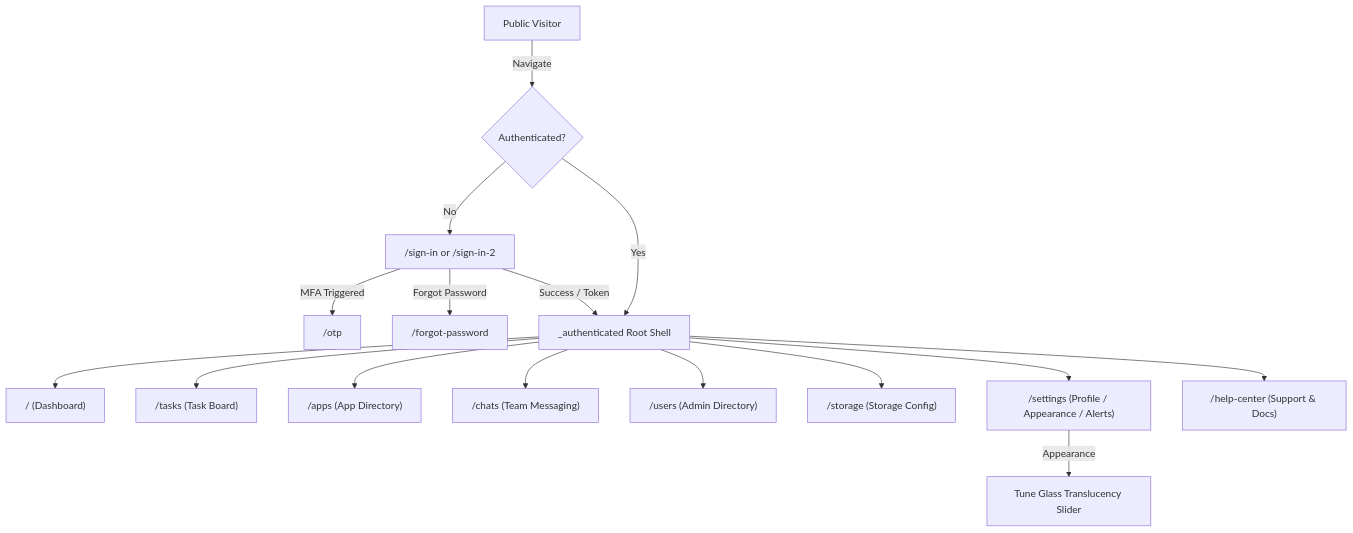
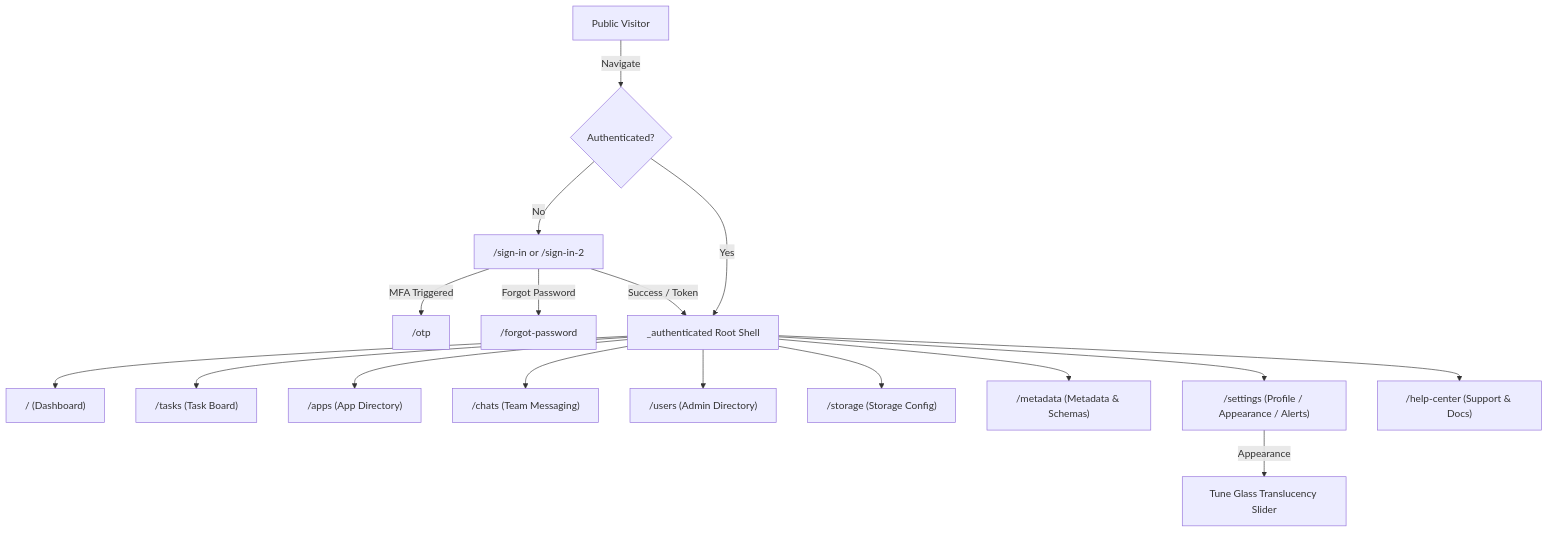
The diagram in apps/console/ROUTE.md (tamanle23/project0), drawn with Mermaid before and after one commit. The commit also changed other lines of this file and 17 other files, not shown here.

````diff
--- a/apps/console/ROUTE.md
+++ b/apps/console/ROUTE.md
@@ -117,20 +126,21 @@
 ```mermaid
 flowchart TD
     A["Public Visitor"] -->|Navigate| B{"Authenticated?"}
     B -- No --> C["/sign-in or /sign-in-2"]
     C -->|MFA Triggered| D["/otp"]
     C -->|Forgot Password| E["/forgot-password"]
     C -->|Success / Token| F["_authenticated Root Shell"]
     B -- Yes --> F
 
     F --> G["/ (Dashboard)"]
     F --> H["/tasks (Task Board)"]
     F --> I["/apps (App Directory)"]
     F --> J["/chats (Team Messaging)"]
     F --> K["/users (Admin Directory)"]
     F --> L["/storage (Storage Config)"]
-    F --> M["/settings (Profile / Appearance / Alerts)"]
-    F --> N["/help-center (Support & Docs)"]
+    F --> M["/metadata (Metadata & Schemas)"]
+    F --> N["/settings (Profile / Appearance / Alerts)"]
+    F --> O["/help-center (Support & Docs)"]
 
-    M -->|Appearance| O["Tune Glass Translucency Slider"]
+    N -->|Appearance| P["Tune Glass Translucency Slider"]
 ```
````
